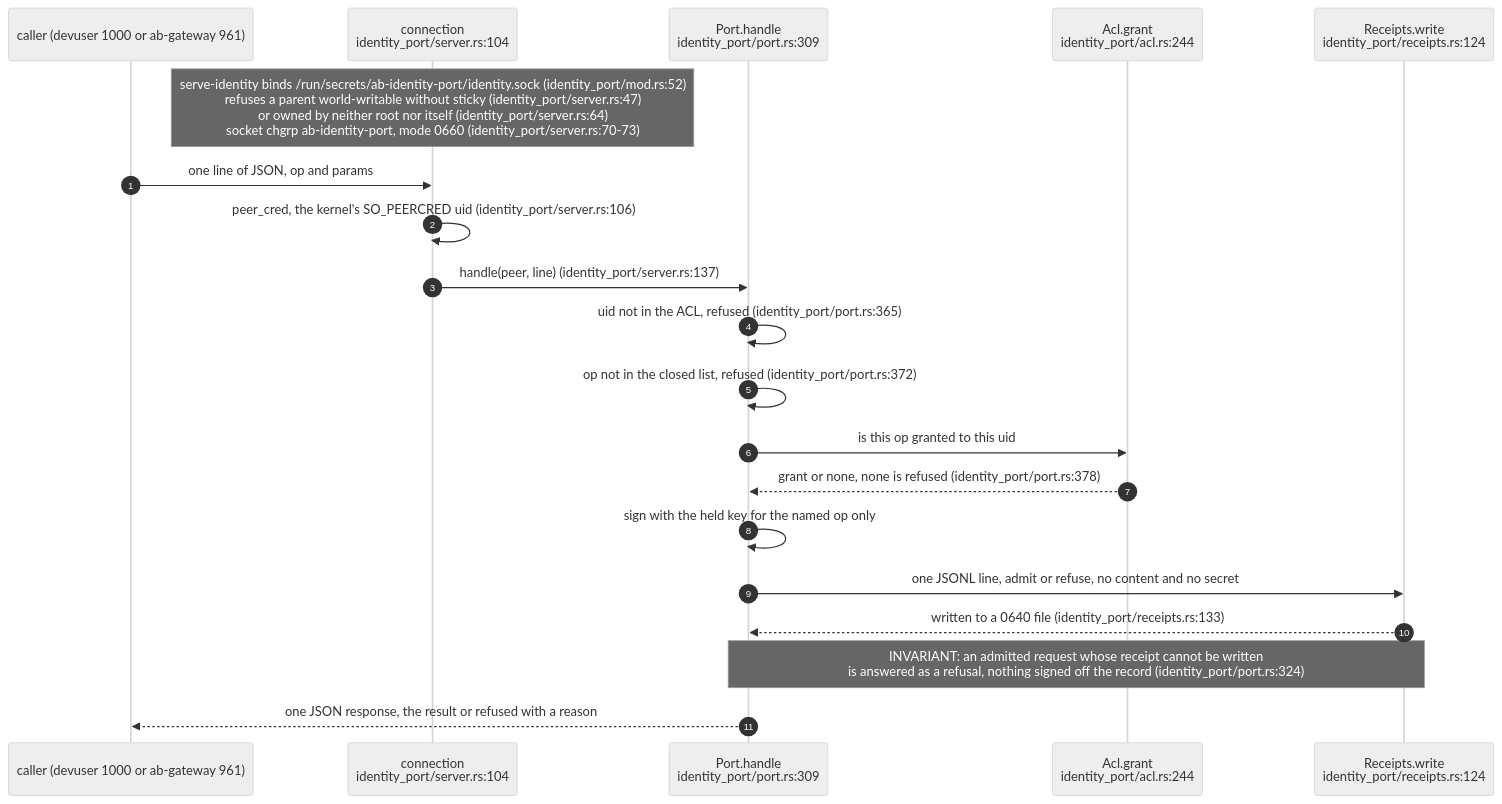
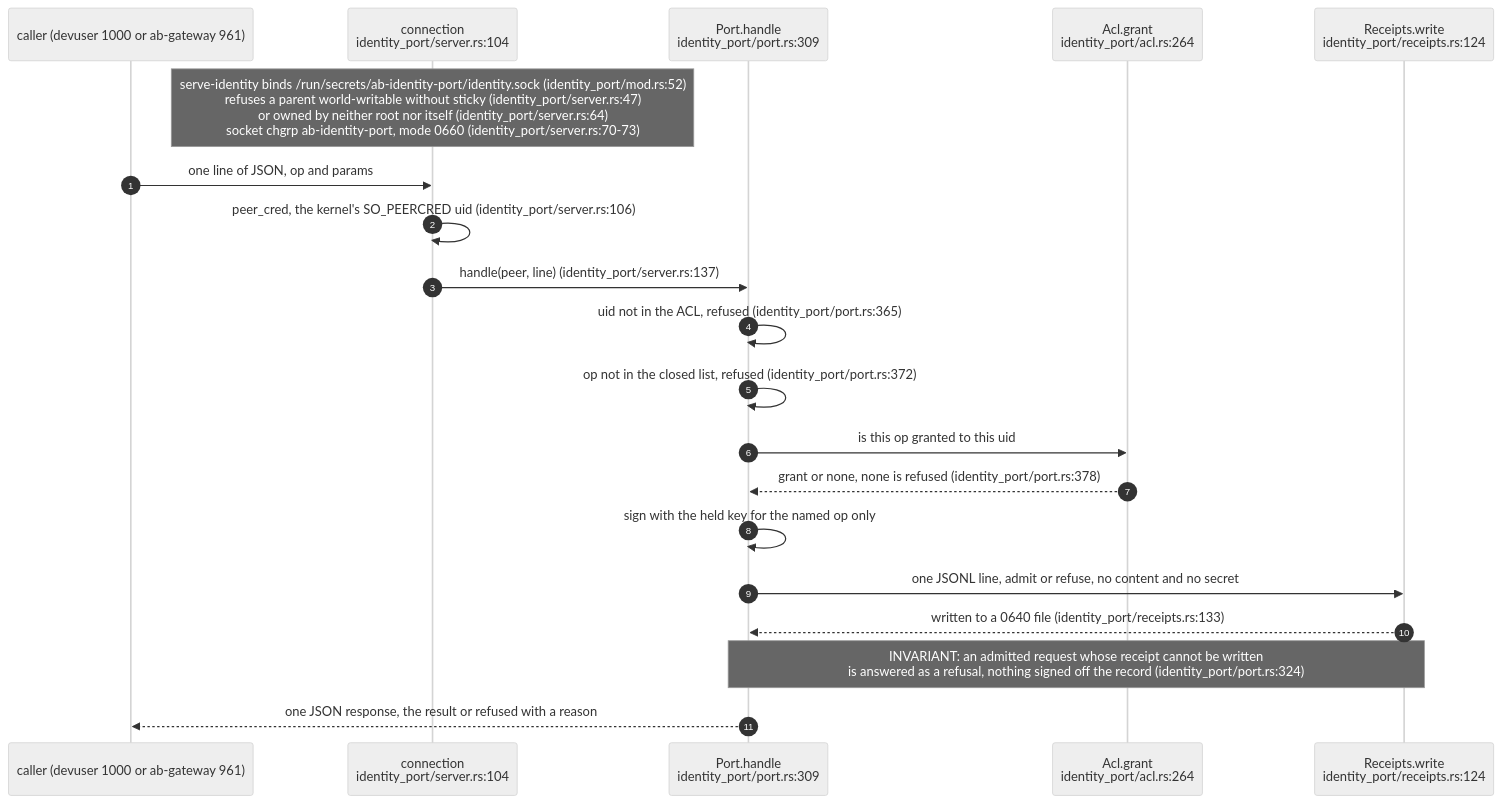
The fourth of 7 diagrams in docs/diagrams/agentbox/36-role-isolation-and-identity-port.md (DreamLab-AI/VisionFlow), drawn with Mermaid (neutral theme) before and after one commit. The commit also changed other lines of this file and 160 other files, not shown here.

````diff
--- a/docs/diagrams/agentbox/36-role-isolation-and-identity-port.md
+++ b/docs/diagrams/agentbox/36-role-isolation-and-identity-port.md
@@ -149,22 +151,22 @@
 ```mermaid
 sequenceDiagram
     autonumber
     participant C as caller (devuser 1000 or ab-gateway 961)
     participant S as connection<br/>identity_port/server.rs:104
     participant P as Port.handle<br/>identity_port/port.rs:309
-    participant A as Acl.grant<br/>identity_port/acl.rs:244
+    participant A as Acl.grant<br/>identity_port/acl.rs:264
     participant R as Receipts.write<br/>identity_port/receipts.rs:124
     Note over S: serve-identity binds /run/secrets/ab-identity-port/identity.sock (identity_port/mod.rs:52)<br/>refuses a parent world-writable without sticky (identity_port/server.rs:47)<br/>or owned by neither root nor itself (identity_port/server.rs:64)<br/>socket chgrp ab-identity-port, mode 0660 (identity_port/server.rs:70-73)
     C->>S: one line of JSON, op and params
     S->>S: peer_cred, the kernel's SO_PEERCRED uid (identity_port/server.rs:106)
     S->>P: handle(peer, line) (identity_port/server.rs:137)
     P->>P: uid not in the ACL, refused (identity_port/port.rs:365)
     P->>P: op not in the closed list, refused (identity_port/port.rs:372)
     P->>A: is this op granted to this uid
     A-->>P: grant or none, none is refused (identity_port/port.rs:378)
     P->>P: sign with the held key for the named op only
     P->>R: one JSONL line, admit or refuse, no content and no secret
     R-->>P: written to a 0640 file (identity_port/receipts.rs:133)
     Note over P,R: INVARIANT: an admitted request whose receipt cannot be written<br/>is answered as a refusal, nothing signed off the record (identity_port/port.rs:324)
     P-->>C: one JSON response, the result or refused with a reason
 ```
````
